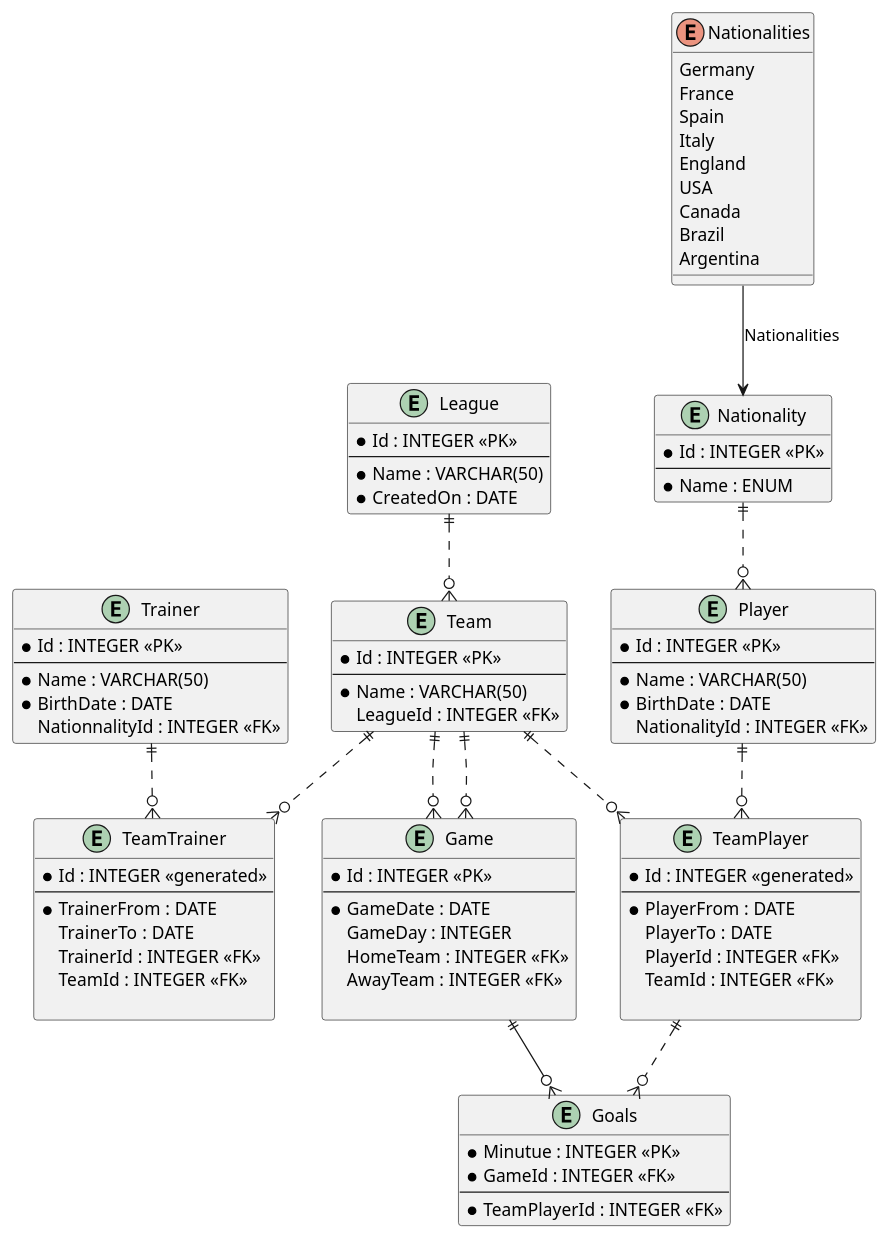
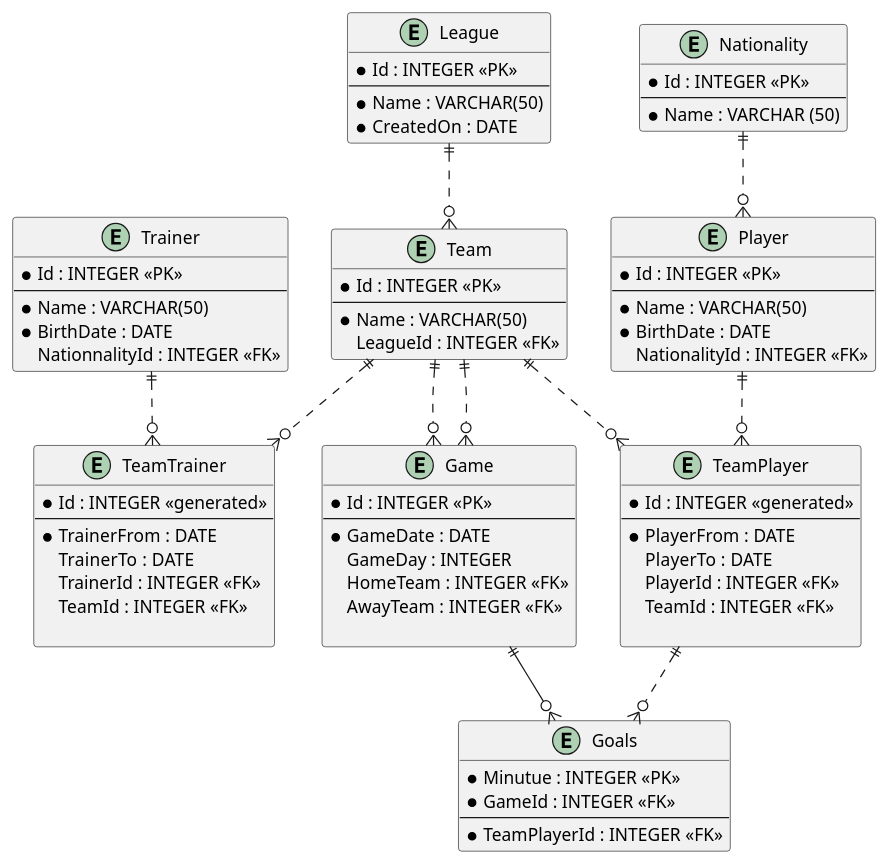
One commit to BojanTRB/nationsLeague changed the diagram in er_logical.puml. Above: the diagram before and after it, drawn with PlantUML.

```diff
--- a/er_logical.puml
+++ b/er_logical.puml
@@ -1,101 +1,88 @@
 @startuml soccerleague
 
 entity League{
     * Id : INTEGER <<PK>>
     ---
     * Name : VARCHAR(50)
     * CreatedOn : DATE
 }
 
 entity Team{
     * Id : INTEGER <<PK>>
     --
     * Name : VARCHAR(50)
     LeagueId : INTEGER <<FK>>
 }
 
 entity Player{
     * Id : INTEGER <<PK>>
     --
     * Name : VARCHAR(50)
     * BirthDate : DATE
     NationalityId : INTEGER <<FK>>
 }
 
 entity TeamTrainer{
     * Id : INTEGER <<generated>>
     ---
     * TrainerFrom : DATE
     TrainerTo : DATE
     TrainerId : INTEGER <<FK>>
     TeamId : INTEGER <<FK>>
     
 }
 
 entity Goals{
     * Minutue : INTEGER <<PK>>
     * GameId : INTEGER <<FK>>
     --
     * TeamPlayerId : INTEGER <<FK>>
 }
 
 entity TeamPlayer{
     * Id : INTEGER <<generated>>
     ---
     * PlayerFrom : DATE
     PlayerTo : DATE
     PlayerId : INTEGER <<FK>>
     TeamId : INTEGER <<FK>>
     
 }
 
 entity Trainer{
     * Id : INTEGER <<PK>> 
     --
     * Name : VARCHAR(50)
     * BirthDate : DATE
     NationnalityId : INTEGER <<FK>>
 }
 
 entity Game {
     * Id : INTEGER <<PK>> 
     --
     * GameDate : DATE
     GameDay : INTEGER
     HomeTeam : INTEGER <<FK>> 
     AwayTeam : INTEGER <<FK>>
     
 }
 
 entity Nationality {
     * Id : INTEGER <<PK>>
     --
-    * Name : ENUM
+    * Name : VARCHAR (50)
 }
 
 
-enum Nationalities {
-  Germany
-  France
-  Spain
-  Italy
-  England
-  USA
-  Canada
-  Brazil
-  Argentina
-}
-
-Nationalities --> Nationality: Nationalities
 
 League ||..o{ Team
 Team ||..o{ TeamTrainer
 Team ||..o{ TeamPlayer
 Team ||..o{ Game
 Team ||..o{ Game
 Player ||..o{ TeamPlayer
 Trainer ||..o{ TeamTrainer
 Game ||--o{ Goals
 TeamPlayer ||..o{ Goals
 Nationality ||..o{ Player
 @enduml
```
